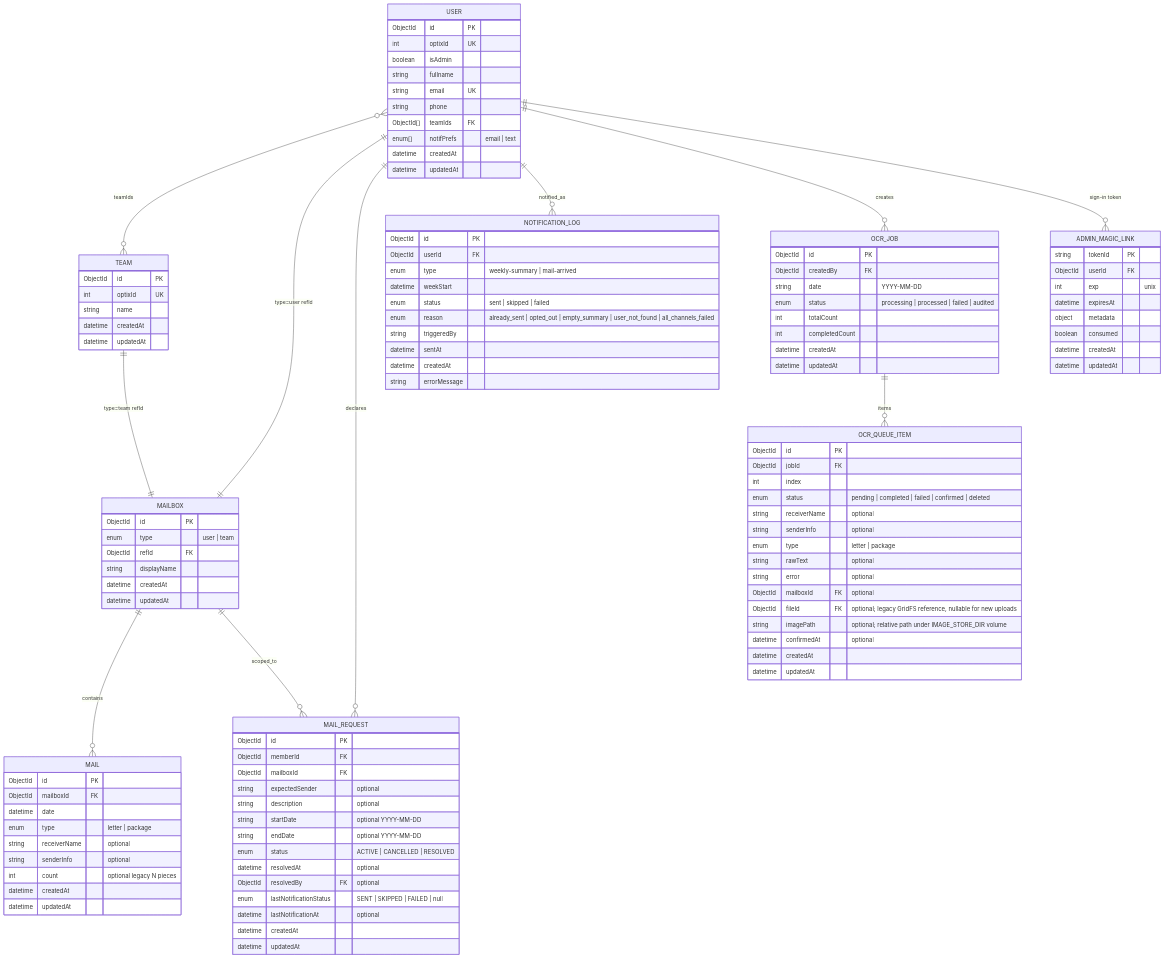
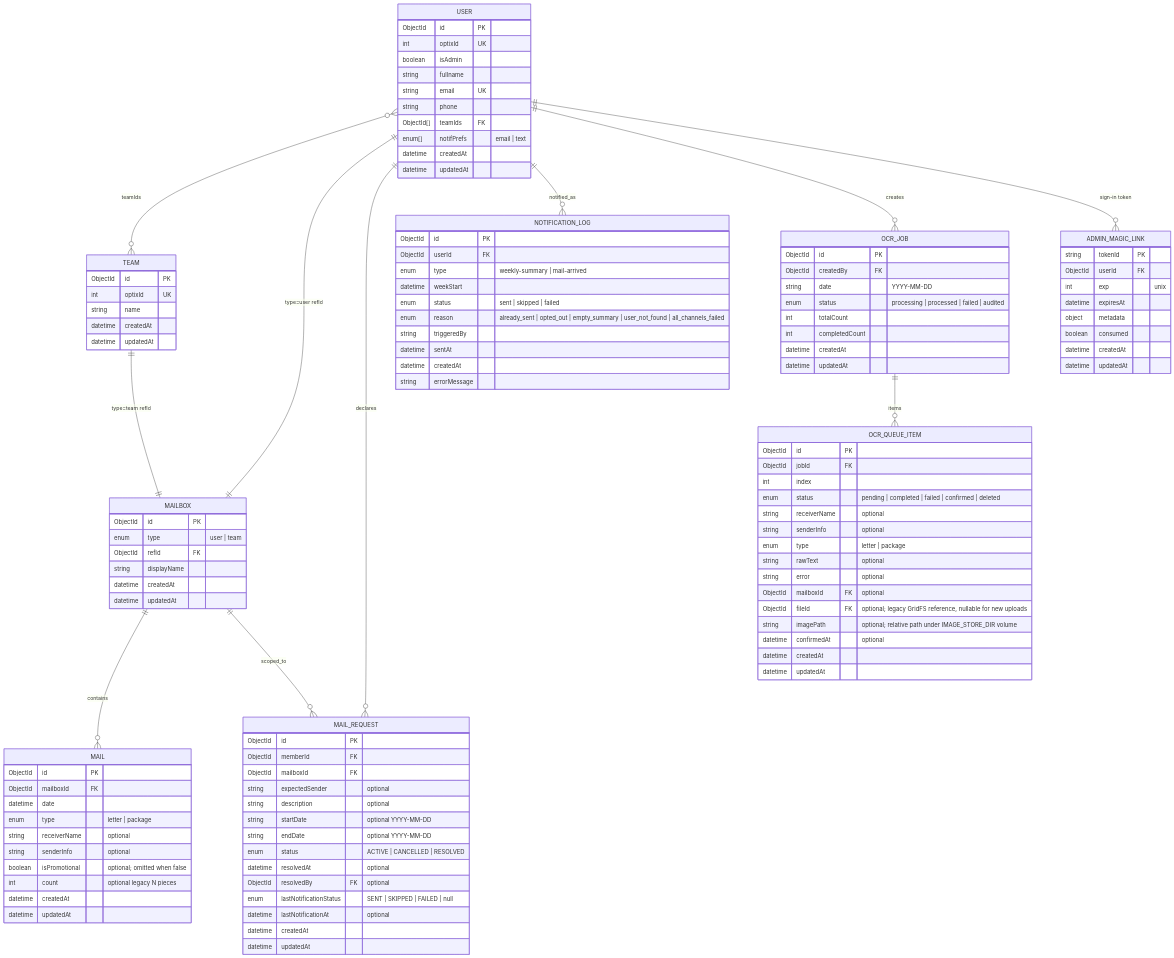
The diagram in docs/01-architecture/diagrams/data-model.mmd (CMU-413/avenu), drawn with Mermaid before and after one commit. The commit also changed 14 other files, not shown here.

```diff
--- a/docs/01-architecture/diagrams/data-model.mmd
+++ b/docs/01-architecture/diagrams/data-model.mmd
@@ -1,133 +1,134 @@
 erDiagram
 
     USER {
         ObjectId id PK
         int optixId UK
         boolean isAdmin
         string fullname
         string email UK
         string phone
         ObjectId[] teamIds FK
         enum[] notifPrefs "email | text"
         datetime createdAt
         datetime updatedAt
     }
 
     TEAM {
         ObjectId id PK
         int optixId UK
         string name
         datetime createdAt
         datetime updatedAt
     }
 
     MAILBOX {
         ObjectId id PK
         enum type "user | team"
         ObjectId refId FK
         string displayName
         datetime createdAt
         datetime updatedAt
     }
 
     MAIL {
         ObjectId id PK
         ObjectId mailboxId FK
         datetime date
         enum type "letter | package"
         string receiverName "optional"
         string senderInfo "optional"
+        boolean isPromotional "optional; omitted when false"
         int count "optional legacy N pieces"
         datetime createdAt
         datetime updatedAt
     }
 
     MAIL_REQUEST {
         ObjectId id PK
         ObjectId memberId FK
         ObjectId mailboxId FK
         string expectedSender "optional"
         string description "optional"
         string startDate "optional YYYY-MM-DD"
         string endDate "optional YYYY-MM-DD"
         enum status "ACTIVE | CANCELLED | RESOLVED"
         datetime resolvedAt "optional"
         ObjectId resolvedBy FK "optional"
         enum lastNotificationStatus "SENT | SKIPPED | FAILED | null"
         datetime lastNotificationAt "optional"
         datetime createdAt
         datetime updatedAt
     }
 
     NOTIFICATION_LOG {
         ObjectId id PK
         ObjectId userId FK
         enum type "weekly-summary | mail-arrived"
         datetime weekStart
         enum status "sent | skipped | failed"
         enum reason "already_sent | opted_out | empty_summary | user_not_found | all_channels_failed"
         string triggeredBy
         datetime sentAt
         datetime createdAt
         string errorMessage
     }
 
     OCR_JOB {
         ObjectId id PK
         ObjectId createdBy FK
         string date "YYYY-MM-DD"
         enum status "processing | processed | failed | audited"
         int totalCount
         int completedCount
         datetime createdAt
         datetime updatedAt
     }
 
     OCR_QUEUE_ITEM {
         ObjectId id PK
         ObjectId jobId FK
         int index
         enum status "pending | completed | failed | confirmed | deleted"
         string receiverName "optional"
         string senderInfo "optional"
         enum type "letter | package"
         string rawText "optional"
         string error "optional"
         ObjectId mailboxId FK "optional"
         ObjectId fileId FK "optional; legacy GridFS reference, nullable for new uploads"
         string imagePath "optional; relative path under IMAGE_STORE_DIR volume"
         datetime confirmedAt "optional"
         datetime createdAt
         datetime updatedAt
     }
 
     ADMIN_MAGIC_LINK {
         string tokenId PK
         ObjectId userId FK
         int exp "unix"
         datetime expiresAt
         object metadata
         boolean consumed
         datetime createdAt
         datetime updatedAt
     }
 
     %% Relationships (MongoDB: refs are ObjectIds; uniqueness via indexes, not FK enforcement)
 
     USER }o--o{ TEAM : "teamIds"
 
     USER ||--|| MAILBOX : "type=user refId"
     TEAM ||--|| MAILBOX : "type=team refId"
 
     MAILBOX ||--o{ MAIL : contains
     USER ||--o{ MAIL_REQUEST : declares
     MAILBOX ||--o{ MAIL_REQUEST : scoped_to
 
     USER ||--o{ NOTIFICATION_LOG : notified_as
 
     USER ||--o{ OCR_JOB : creates
     OCR_JOB ||--o{ OCR_QUEUE_ITEM : items
 
     USER ||--o{ ADMIN_MAGIC_LINK : "sign-in token"
 
     %% Confirming a queue item creates a MAIL row; no stored FK from mail back to OCR_QUEUE_ITEM
```
